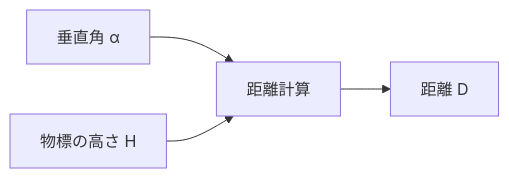
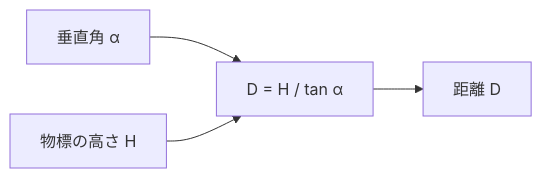
The second of 2 diagrams in docs/sextant.md (serkenn/Navigation-calculations), drawn with Mermaid before and after one commit. The commit also changed other lines of this file and 6 other files, not shown here.

````diff
--- a/docs/sextant.md
+++ b/docs/sextant.md
@@ -64,6 +71,6 @@
 ```mermaid
 flowchart LR
-    A["垂直角 α"] --> C[距離計算]
+    A["垂直角 α"] --> C["D = H / tan α"]
     B["物標の高さ H"] --> C
     C --> D["距離 D"]
 ```
````
